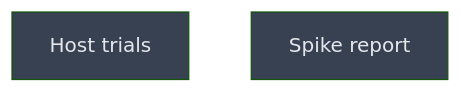
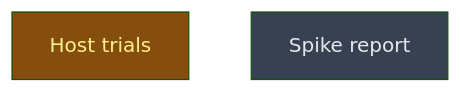
Before and after one commit to CrackingShells/cracking-shells-playbook: the diagram in __roadmap__/m0-feasibility-spike/build/trials/README.md, drawn with Mermaid (forest theme). The commit also changed other lines of this file and 1 other file, not shown here.

Commit message:
chore(roadmap): close the m0 build level and start the host trials

````diff
--- a/__roadmap__/m0-feasibility-spike/build/trials/README.md
+++ b/__roadmap__/m0-feasibility-spike/build/trials/README.md
@@ -20,10 +20,10 @@
 ```mermaid
 graph TD
-    host_trials[Host trials]:::planned
+    host_trials[Host trials]:::inprogress
     report[Spike report]:::planned
     classDef done       fill:#166534,color:#bbf7d0
     classDef inprogress fill:#854d0e,color:#fef08a
     classDef planned    fill:#374151,color:#e5e7eb
     classDef amendment  fill:#1e3a5f,color:#bfdbfe
     classDef blocked    fill:#7f1d1d,color:#fecaca
 ```
````
